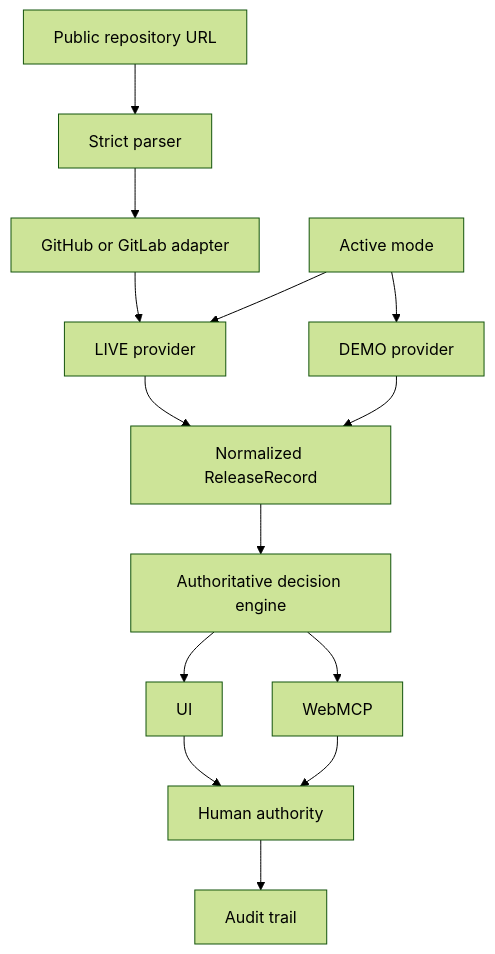
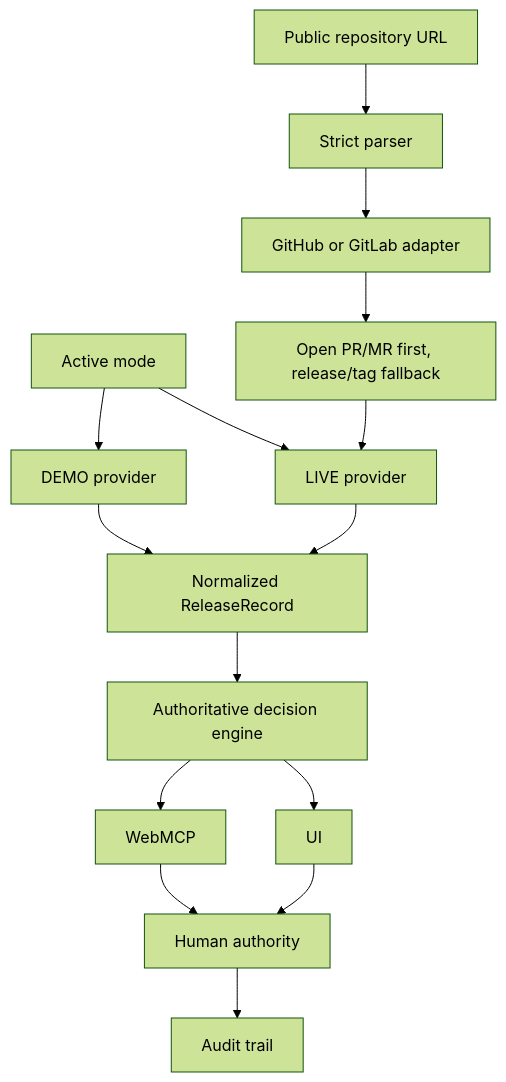
One commit to JankoD84/release-gate changed the diagram in README.md. Above: the diagram before and after it, drawn with Mermaid (forest theme). The commit also changed other lines of this file and 10 other files, not shown here.

````diff
--- a/README.md
+++ b/README.md
@@ -152,16 +152,17 @@
 ```mermaid
 flowchart TD
     Repo[Public repository URL] --> Parser[Strict parser]
     Parser --> Adapter[GitHub or GitLab adapter]
     Mode[Active mode] --> Live[LIVE provider]
     Mode --> Demo[DEMO provider]
-    Adapter --> Live
+    Adapter --> Candidate[Open PR/MR first, release/tag fallback]
+    Candidate --> Live
     Live --> Record[Normalized ReleaseRecord]
     Demo --> Record
     Record --> Engine[Authoritative decision engine]
     Engine --> UI[UI]
     Engine --> WebMCP[WebMCP]
     UI --> Human[Human authority]
     WebMCP --> Human
     Human --> Audit[Audit trail]
 ```
````
